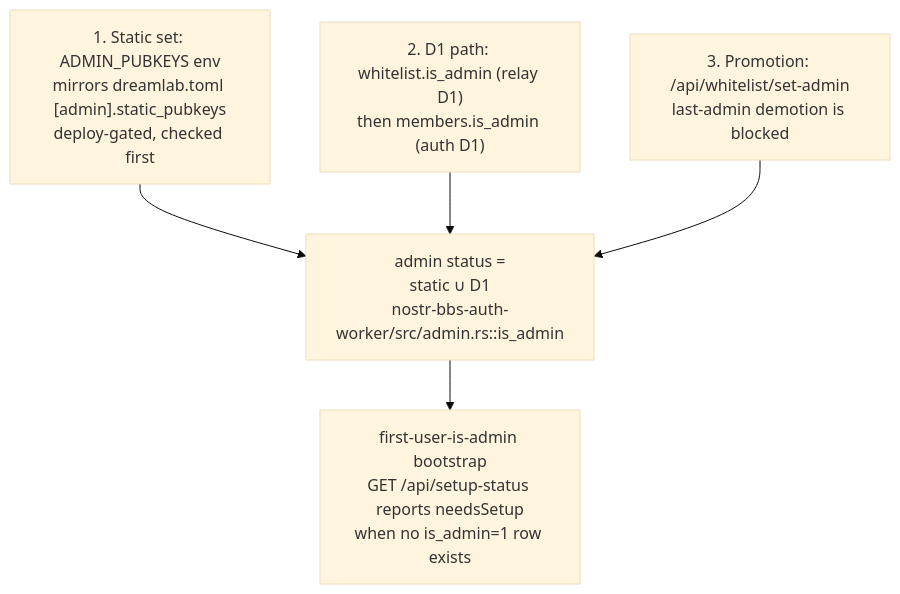
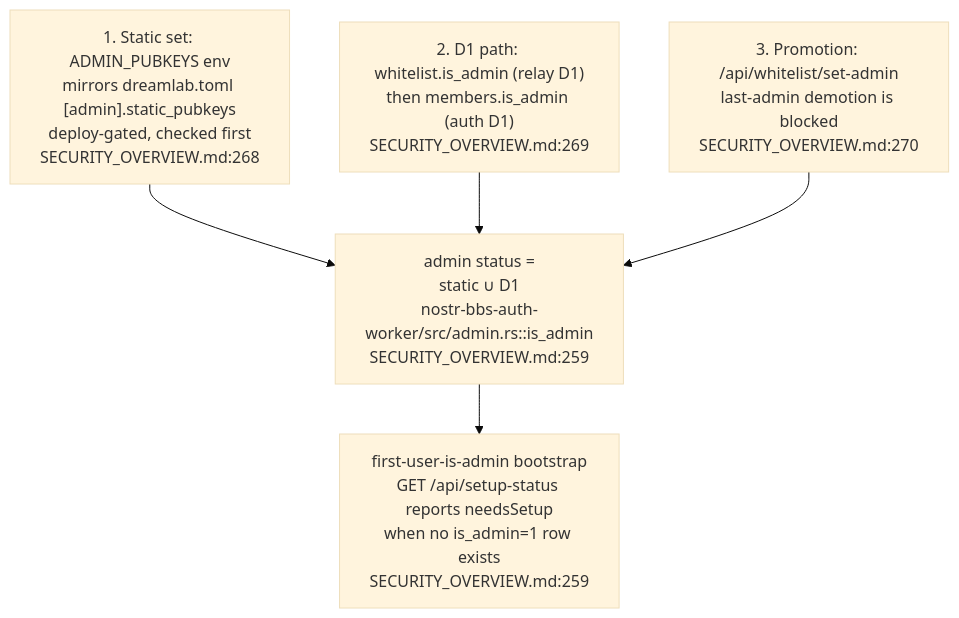
One commit to DreamLab-AI/VisionFlow changed the sixth of 8 diagrams in docs/diagrams/dreamlab-ai-website/04-identity-zones-and-security-posture.md. Above: the diagram before and after it, drawn with Mermaid (base theme). The commit also changed other lines of this file and 185 other files, not shown here.

Commit message:
docs(estate): reconcile diagrams and ADRs with source and define closeout sprint

````diff
--- a/docs/diagrams/dreamlab-ai-website/04-identity-zones-and-security-posture.md
+++ b/docs/diagrams/dreamlab-ai-website/04-identity-zones-and-security-posture.md
@@ -96,7 +97,7 @@
 ```mermaid
 flowchart TB
-    L1["1. Static set: ADMIN_PUBKEYS env<br/>mirrors dreamlab.toml [admin].static_pubkeys<br/>deploy-gated, checked first"] --> RESOLVE["admin status =<br/>static ∪ D1<br/>nostr-bbs-auth-worker/src/admin.rs::is_admin"]
-    L2["2. D1 path: whitelist.is_admin (relay D1)<br/>then members.is_admin (auth D1)"] --> RESOLVE
-    L3["3. Promotion: /api/whitelist/set-admin<br/>last-admin demotion is blocked"] --> RESOLVE
-    RESOLVE --> BOOT["first-user-is-admin bootstrap<br/>GET /api/setup-status reports needsSetup<br/>when no is_admin=1 row exists"]
+    L1["1. Static set: ADMIN_PUBKEYS env<br/>mirrors dreamlab.toml [admin].static_pubkeys<br/>deploy-gated, checked first<br/>SECURITY_OVERVIEW.md:268"] --> RESOLVE["admin status =<br/>static ∪ D1<br/>nostr-bbs-auth-worker/src/admin.rs::is_admin<br/>SECURITY_OVERVIEW.md:259"]
+    L2["2. D1 path: whitelist.is_admin (relay D1)<br/>then members.is_admin (auth D1)<br/>SECURITY_OVERVIEW.md:269"] --> RESOLVE
+    L3["3. Promotion: /api/whitelist/set-admin<br/>last-admin demotion is blocked<br/>SECURITY_OVERVIEW.md:270"] --> RESOLVE
+    RESOLVE --> BOOT["first-user-is-admin bootstrap<br/>GET /api/setup-status reports needsSetup<br/>when no is_admin=1 row exists<br/>SECURITY_OVERVIEW.md:259"]
 ```
````
